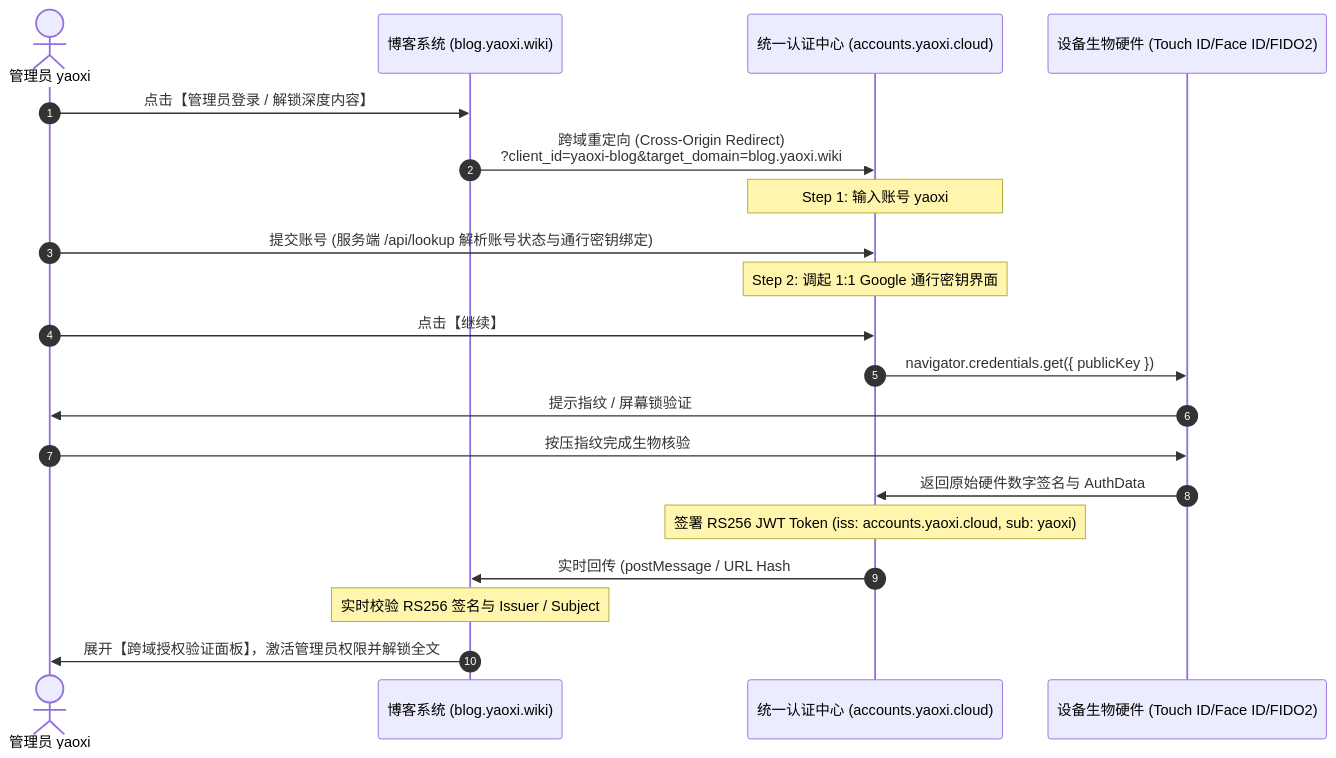
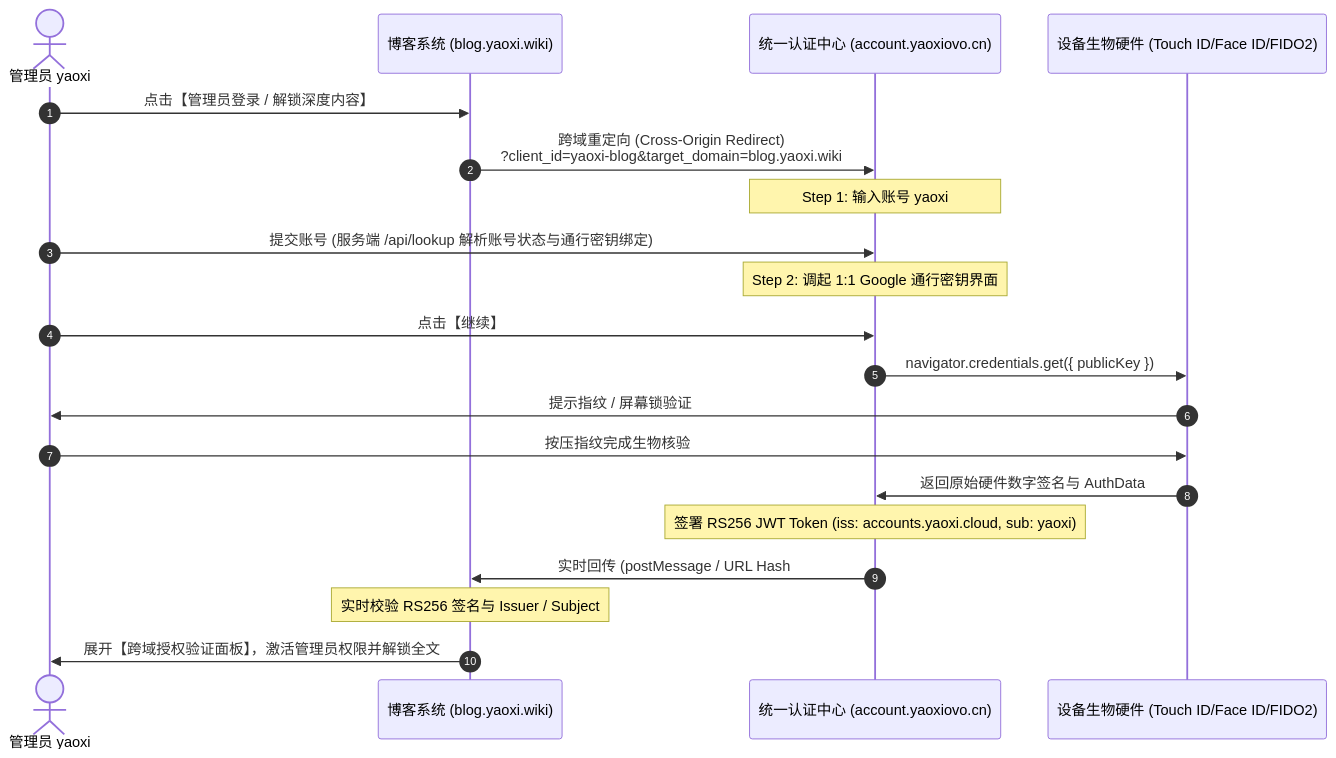
One commit to yaoxiovo/OAuth2.0-yaoxi changed the second of 2 diagrams in README.md. Above: the diagram before and after it, drawn with Mermaid. The commit also changed other lines of this file and 25 other files, not shown here.

````diff
--- a/README.md
+++ b/README.md
@@ -96,23 +94,23 @@
 ```mermaid
 sequenceDiagram
     autonumber
     actor User as 管理员 yaoxi
     participant Blog as 博客系统 (blog.yaoxi.wiki)
-    participant SSO as 统一认证中心 (accounts.yaoxi.cloud)
+    participant SSO as 统一认证中心 (account.yaoxiovo.cn)
     participant HW as 设备生物硬件 (Touch ID/Face ID/FIDO2)
 
     User->>Blog: 点击【管理员登录 / 解锁深度内容】
     Blog->>SSO: 跨域重定向 (Cross-Origin Redirect)<br/>?client_id=yaoxi-blog&target_domain=blog.yaoxi.wiki
     Note over SSO: Step 1: 输入账号 yaoxi
     User->>SSO: 提交账号 (服务端 /api/lookup 解析账号状态与通行密钥绑定)
     Note over SSO: Step 2: 调起 1:1 Google 通行密钥界面
     User->>SSO: 点击【继续】
     SSO->>HW: navigator.credentials.get({ publicKey })
     HW->>User: 提示指纹 / 屏幕锁验证
     User->>HW: 按压指纹完成生物核验
     HW->>SSO: 返回原始硬件数字签名与 AuthData
     Note over SSO: 签署 RS256 JWT Token (iss: accounts.yaoxi.cloud, sub: yaoxi)
     SSO->>Blog: 实时回传 (postMessage / URL Hash #access_token=...)
     Note over Blog: 实时校验 RS256 签名与 Issuer / Subject
     Blog->>User: 展开【跨域授权验证面板】，激活管理员权限并解锁全文
 ```
````
